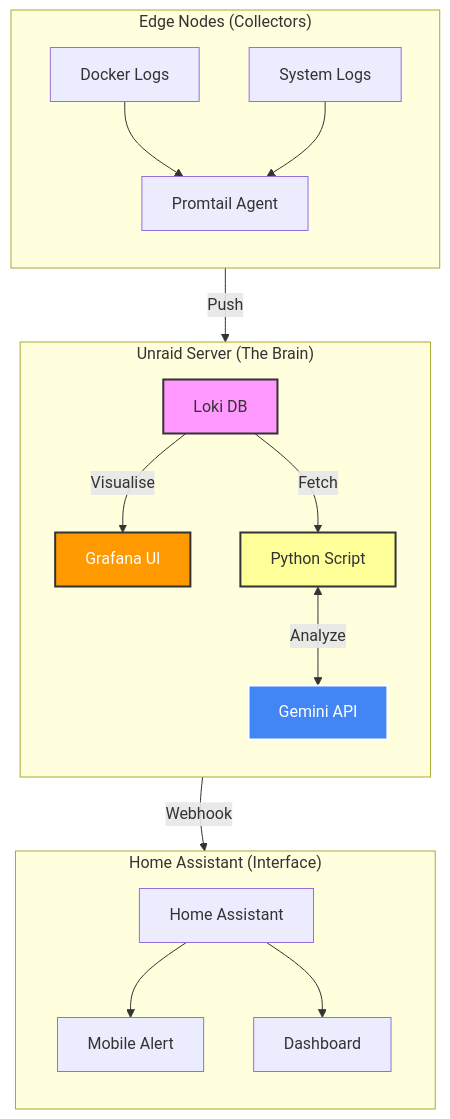
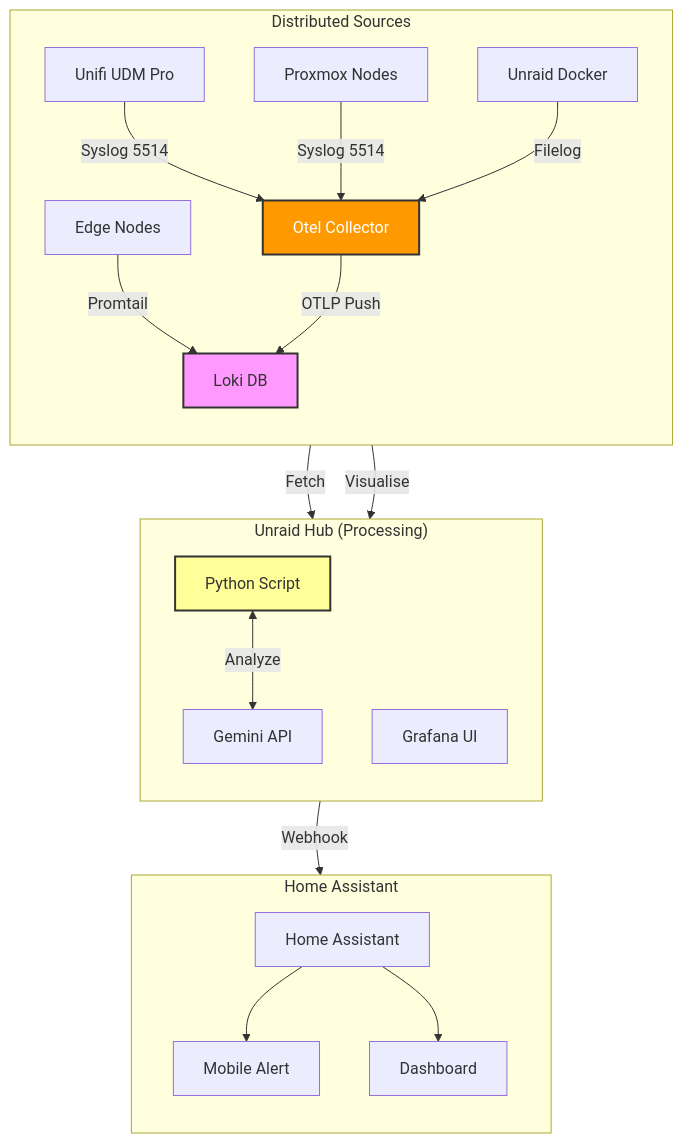
The diagram in docs/home-lab/articles/ai-log-summary.md (EvisHome/EvisHomeLab), drawn with Mermaid before and after one commit. The commit also changed other lines of this file, not shown here.

Commit message:
articles

````diff
--- a/docs/home-lab/articles/ai-log-summary.md
+++ b/docs/home-lab/articles/ai-log-summary.md
@@ -34,38 +33,37 @@
 ```mermaid
 graph TD
-    %% --- LEVEL 1: EDGE ---
-    subgraph Edge ["Edge Nodes (Collectors)"]
+    %% --- LEVEL 1: SOURCES ---
+    subgraph Sources ["Distributed Sources"]
         direction TB
-        Docker[Docker Logs] & System[System Logs] --> Promtail[Promtail Agent]
+        Edge[Edge Nodes] -->|Promtail| Loki
+        Unifi[Unifi UDM Pro] -->|Syslog 5514| Otel
+        PVE[Proxmox Nodes] -->|Syslog 5514| Otel
+        UnraidD[Unraid Docker] -->|Filelog| Otel
     end
 
-    %% --- LEVEL 2: UNRAID ---
-    subgraph Unraid ["Unraid Server (The Brain)"]
+    %% --- LEVEL 2: PROCESSING ---
+    subgraph Hub ["Unraid Hub (Processing)"]
         direction TB
-        Promtail -->|Push| Loki[Loki DB]
+        Otel[Otel Collector] -->|OTLP Push| Loki[Loki DB]
         
-        %% The Fork: Human vs AI
+        Loki -->|Fetch| Script[Python Script]
         Loki -->|Visualise| Grafana[Grafana UI]
-        Loki -->|Fetch| Script[Python Script]
-        
         Script <-->|Analyze| Gemini[Gemini API]
     end
 
-    %% --- LEVEL 3: HA ---
-    subgraph HA ["Home Assistant (Interface)"]
+    %% --- LEVEL 3: INTERFACE ---
+    subgraph HA ["Home Assistant"]
         direction TB
         Script -->|Webhook| Core[Home Assistant]
         Core --> Phone[Mobile Alert]
         Core --> Wall[Dashboard]
     end
 
-    %% --- THE FIX: INVISIBLE STRUT ---
+   %% --- THE FIX: INVISIBLE STRUT ---
     %% Forces HA to stay at the bottom
     Gemini ~~~ Core
 
-    %% --- STYLING ---
+    style Otel fill:#ff9900,stroke:#333,stroke-width:2px,color:white
     style Loki fill:#f9f,stroke:#333,stroke-width:2px
     style Script fill:#ff9,stroke:#333,stroke-width:2px
-    style Gemini fill:#4285f4,stroke:#fff,stroke-width:2px,color:#fff
-    style Grafana fill:#ff9900,stroke:#333,stroke-width:2px,color:white
 ```
````
